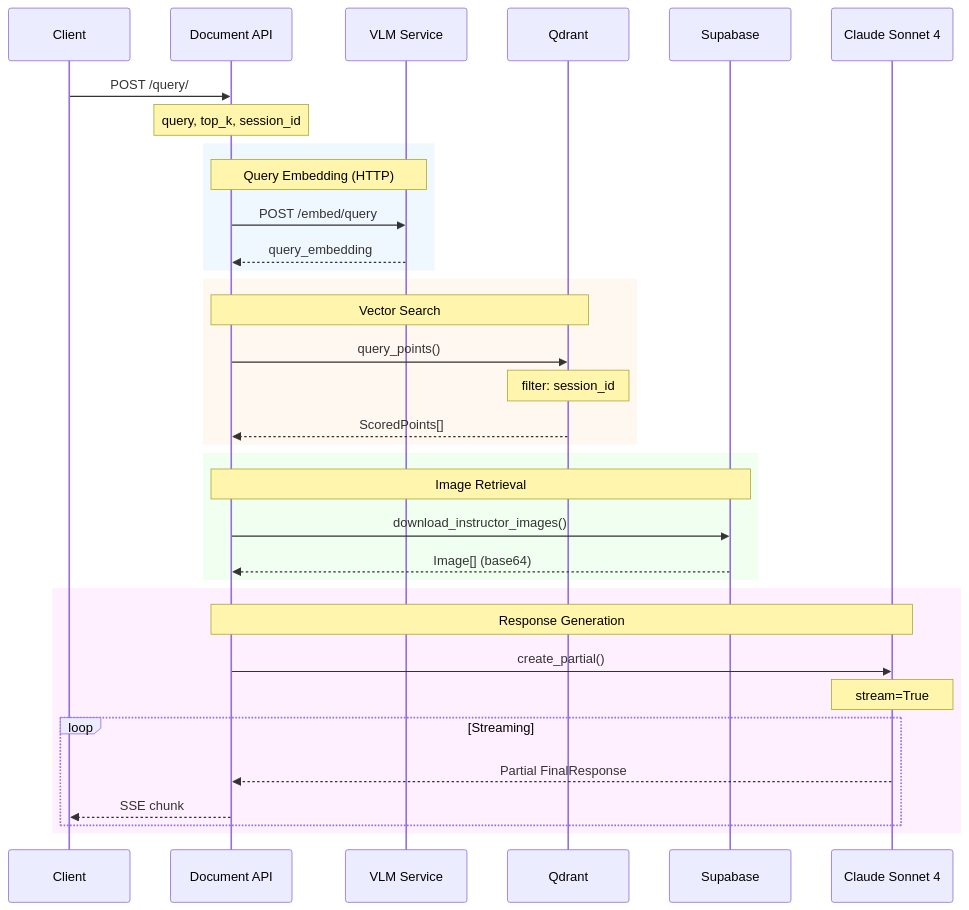
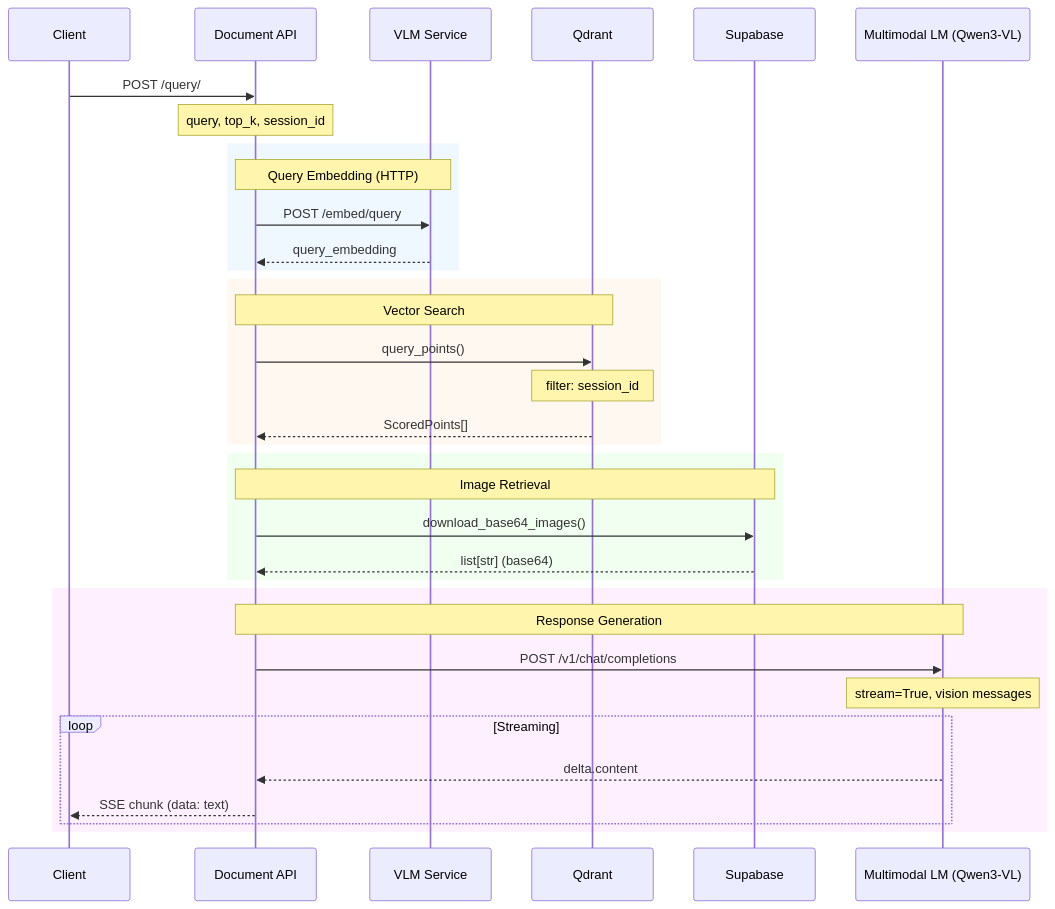
One commit to akosgintl/colpali-rag-app changed the sixth of 10 diagrams in docs/data-flow.md. Above: the diagram before and after it, drawn with Mermaid. The commit also changed other lines of this file and 35 other files, not shown here.

````diff
--- a/docs/data-flow.md
+++ b/docs/data-flow.md
@@ -179,41 +179,41 @@
 ```mermaid
 sequenceDiagram
     participant Client
     participant API as Document API
     participant VLM as VLM Service
     participant Qdrant
     participant Supabase
-    participant Claude as Claude Sonnet 4
+    participant MLM as Multimodal LM (Qwen3-VL)
 
     Client->>API: POST /query/
     Note over API: query, top_k, session_id
 
     rect rgb(240, 248, 255)
         Note over API,VLM: Query Embedding (HTTP)
         API->>VLM: POST /embed/query
         VLM-->>API: query_embedding
     end
 
     rect rgb(255, 248, 240)
         Note over API,Qdrant: Vector Search
         API->>Qdrant: query_points()
         Note over Qdrant: filter: session_id
         Qdrant-->>API: ScoredPoints[]
     end
 
     rect rgb(240, 255, 240)
         Note over API,Supabase: Image Retrieval
-        API->>Supabase: download_instructor_images()
-        Supabase-->>API: Image[] (base64)
+        API->>Supabase: download_base64_images()
+        Supabase-->>API: list[str] (base64)
     end
 
     rect rgb(255, 240, 255)
-        Note over API,Claude: Response Generation
-        API->>Claude: create_partial()
-        Note over Claude: stream=True
+        Note over API,MLM: Response Generation
+        API->>MLM: POST /v1/chat/completions
+        Note over MLM: stream=True, vision messages
         loop Streaming
-            Claude-->>API: Partial FinalResponse
-            API-->>Client: SSE chunk
+            MLM-->>API: delta.content
+            API-->>Client: SSE chunk (data: text)
         end
     end
 ```
````
